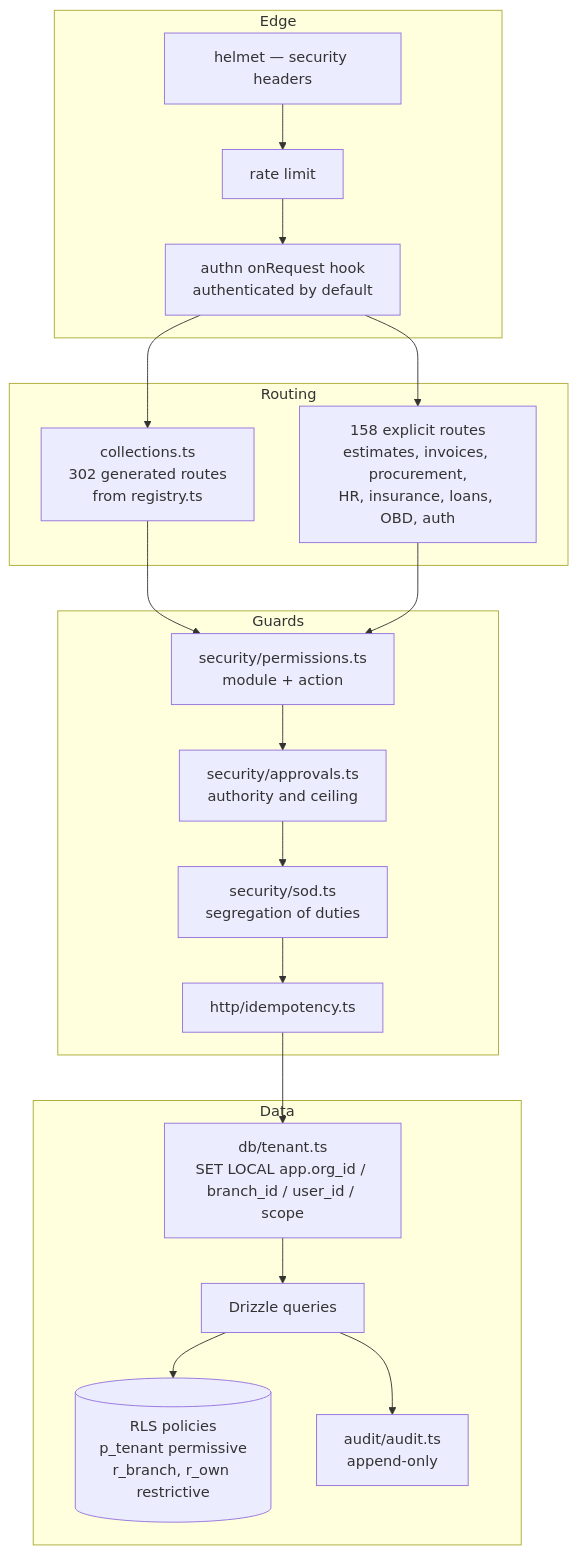
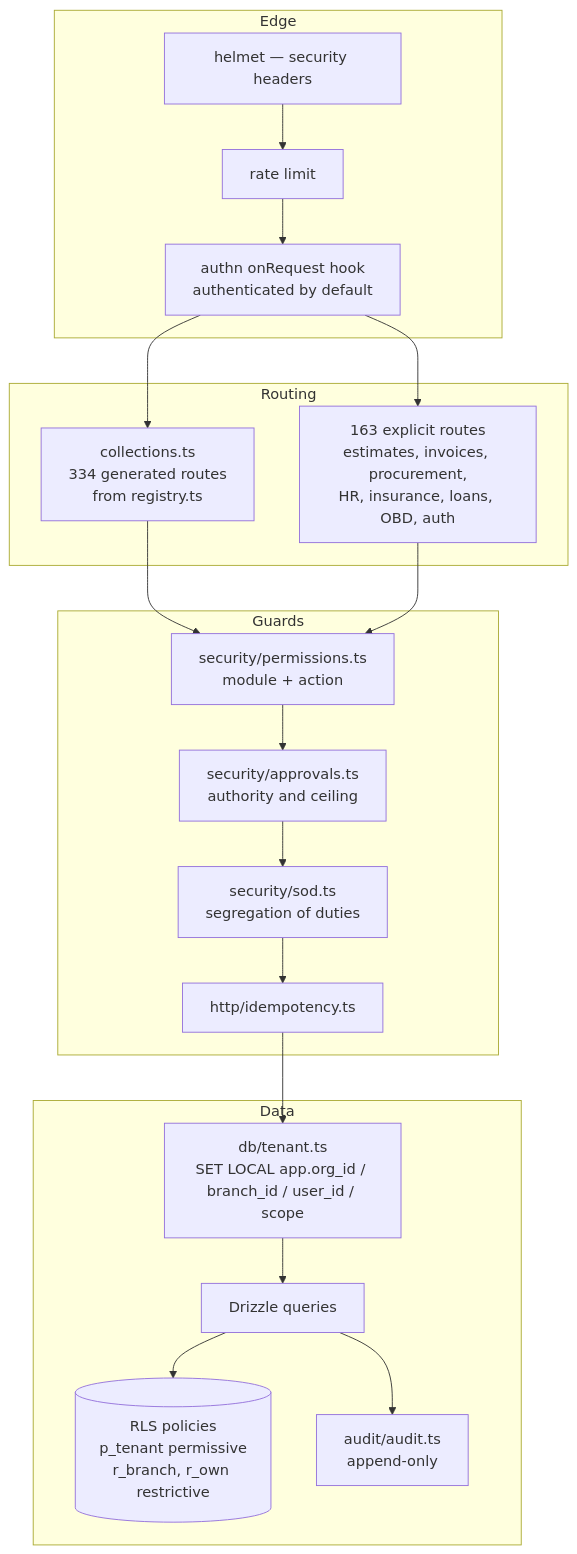
Before and after one commit to tazamohd/SlClNe: the third of 4 diagrams in docs/15_C4_ARCHITECTURE_DIAGRAMS/C4_MODEL.md, drawn with Mermaid. The commit also changed other lines of this file and 65 other files, not shown here.

````diff
--- a/docs/15_C4_ARCHITECTURE_DIAGRAMS/C4_MODEL.md
+++ b/docs/15_C4_ARCHITECTURE_DIAGRAMS/C4_MODEL.md
@@ -60,29 +60,29 @@
 ```mermaid
 flowchart TB
   subgraph edge[Edge]
     helmet["helmet — security headers"]
     rl["rate limit"]
     authn["authn onRequest hook<br/>authenticated by default"]
   end
   subgraph routing[Routing]
-    generic["collections.ts<br/>302 generated routes<br/>from registry.ts"]
-    explicit["158 explicit routes<br/>estimates, invoices, procurement,<br/>HR, insurance, loans, OBD, auth"]
+    generic["collections.ts<br/>334 generated routes<br/>from registry.ts"]
+    explicit["163 explicit routes<br/>estimates, invoices, procurement,<br/>HR, insurance, loans, OBD, auth"]
   end
   subgraph guards[Guards]
     perms["security/permissions.ts<br/>module + action"]
     approvals["security/approvals.ts<br/>authority and ceiling"]
     sod["security/sod.ts<br/>segregation of duties"]
     idem["http/idempotency.ts"]
   end
   subgraph data[Data]
     tenant["db/tenant.ts<br/>SET LOCAL app.org_id / branch_id / user_id / scope"]
     drizzle["Drizzle queries"]
     rls[("RLS policies<br/>p_tenant permissive<br/>r_branch, r_own restrictive")]
     audit["audit/audit.ts<br/>append-only"]
   end
   helmet --> rl --> authn --> generic
   authn --> explicit
   generic --> perms
   explicit --> perms --> approvals --> sod --> idem --> tenant --> drizzle --> rls
   drizzle --> audit
 ```
````
